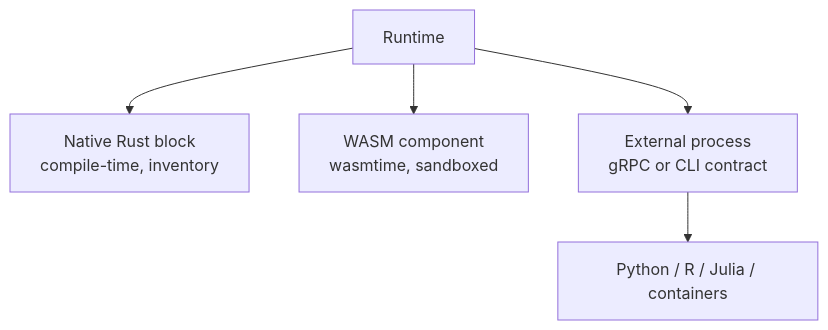
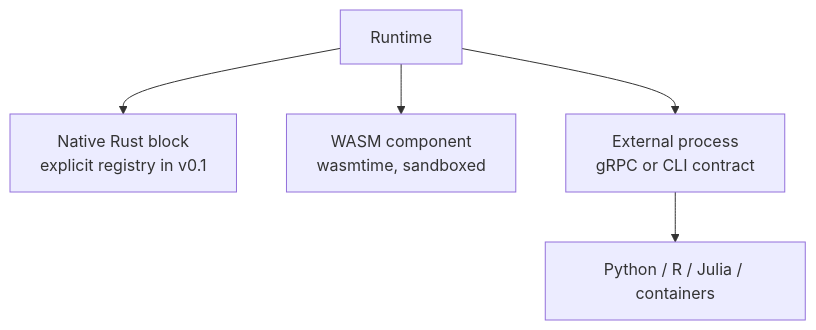
The third of 5 diagrams in docs/ARCHITECTURE.md (bighands2304/mallops), drawn with Mermaid before and after one commit. The commit also changed other lines of this file and 5 other files, not shown here.

````diff
--- a/docs/ARCHITECTURE.md
+++ b/docs/ARCHITECTURE.md
@@ -145,7 +179,7 @@
 ```mermaid
 flowchart TB
-    R[Runtime] --> N[Native Rust block<br/>compile-time, inventory]
+    R[Runtime] --> N[Native Rust block<br/>explicit registry in v0.1]
     R --> W[WASM component<br/>wasmtime, sandboxed]
     R --> X[External process<br/>gRPC or CLI contract]
     X --> PY[Python / R / Julia / containers]
 ```
````
